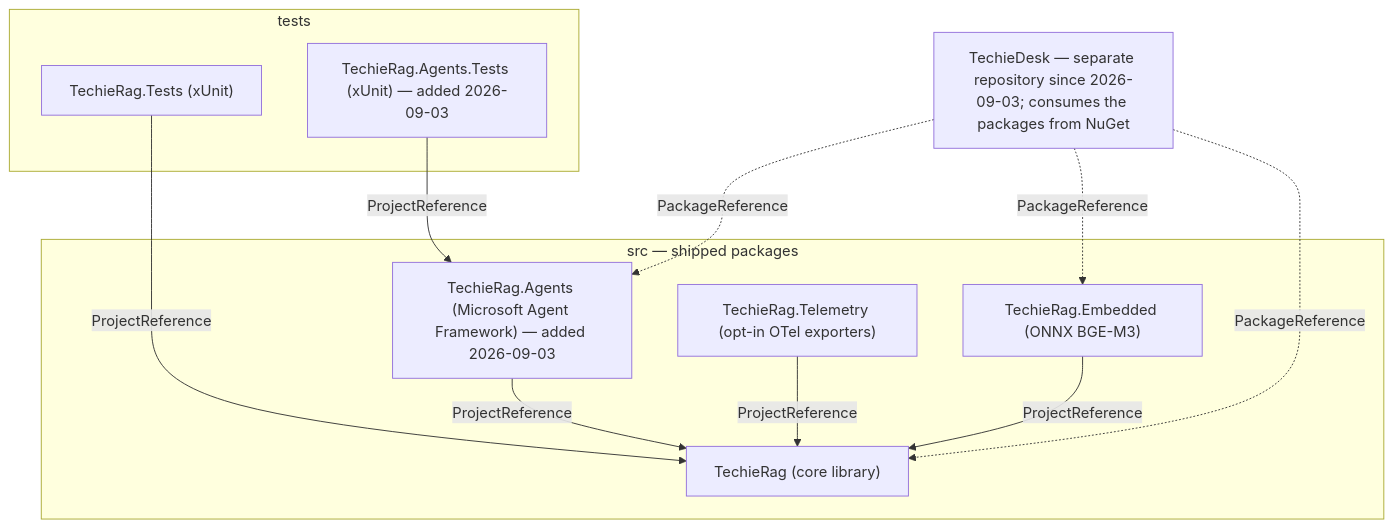
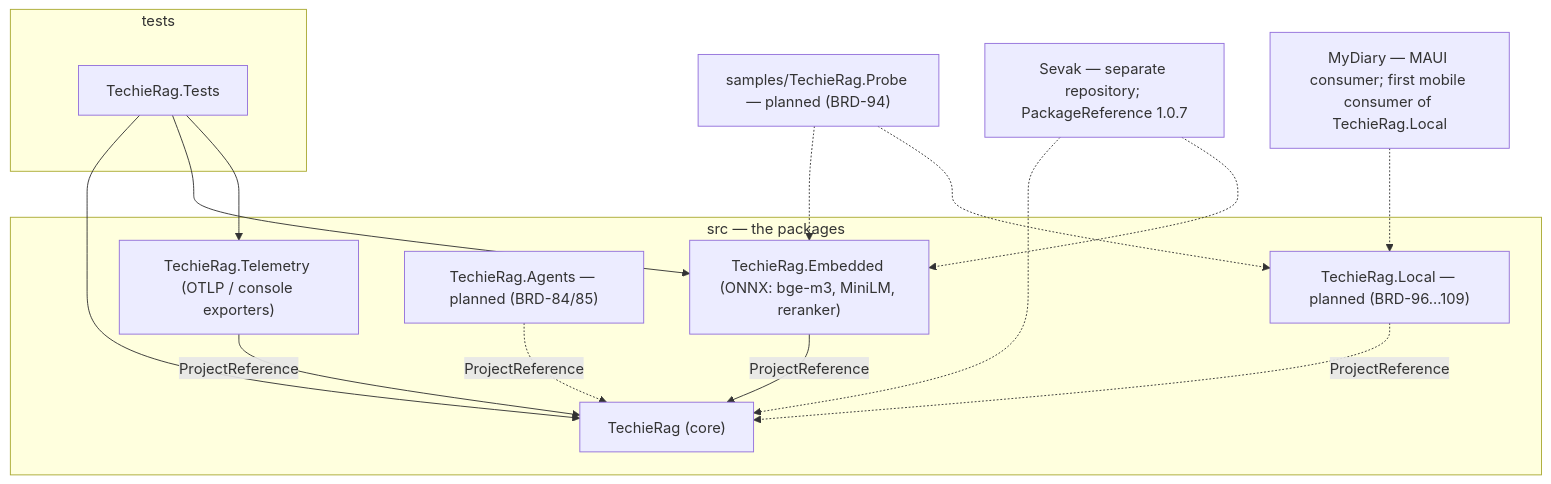
The first of 3 diagrams in docs/TechieRag-Architecture.md (techierathore/TechieRag), drawn with Mermaid before and after one commit. The commit also changed other lines of this file and 777 other files, not shown here.

Commit message:
Removed TechieDesk

````diff
--- a/docs/TechieRag-Architecture.md
+++ b/docs/TechieRag-Architecture.md
@@ -44,22 +48,28 @@
 ```mermaid
 flowchart TB
-  subgraph Src["src — shipped packages"]
-    Core["TechieRag (core library)"]
-    Embed["TechieRag.Embedded (ONNX BGE-M3)"]
-    Agents["TechieRag.Agents (Microsoft Agent Framework) — added 2026-09-03"]
-    Tel["TechieRag.Telemetry (opt-in OTel exporters)"]
+  subgraph Packages["src — the packages"]
+    Core["TechieRag (core)"]
+    Embed["TechieRag.Embedded (ONNX: bge-m3, MiniLM, reranker)"]
+    Tel["TechieRag.Telemetry (OTLP / console exporters)"]
+    Agents["TechieRag.Agents — planned (BRD-84/85)"]
+    Local["TechieRag.Local — planned (BRD-96…109)"]
   end
   subgraph Tests["tests"]
-    UT["TechieRag.Tests (xUnit)"]
-    AT["TechieRag.Agents.Tests (xUnit) — added 2026-09-03"]
+    UT["TechieRag.Tests"]
   end
-  Desk["TechieDesk — separate repository since 2026-09-03; consumes the packages from NuGet"]
+  Probe["samples/TechieRag.Probe — planned (BRD-94)"]
+  Sevak["Sevak — separate repository; PackageReference 1.0.7"]
+  Diary["MyDiary — MAUI consumer; first mobile consumer of TechieRag.Local"]
   Embed -->|"ProjectReference"| Core
-  Agents -->|"ProjectReference"| Core
   Tel -->|"ProjectReference"| Core
-  UT -->|"ProjectReference"| Core
-  AT -->|"ProjectReference"| Agents
-  Desk -.->|"PackageReference"| Core
-  Desk -.->|"PackageReference"| Embed
-  Desk -.->|"PackageReference"| Agents
+  Agents -.->|"ProjectReference"| Core
+  Local -.->|"ProjectReference"| Core
+  UT --> Core
+  UT --> Embed
+  UT --> Tel
+  Probe -.-> Embed
+  Probe -.-> Local
+  Sevak -.-> Core
+  Sevak -.-> Embed
+  Diary -.-> Local
 ```
````
